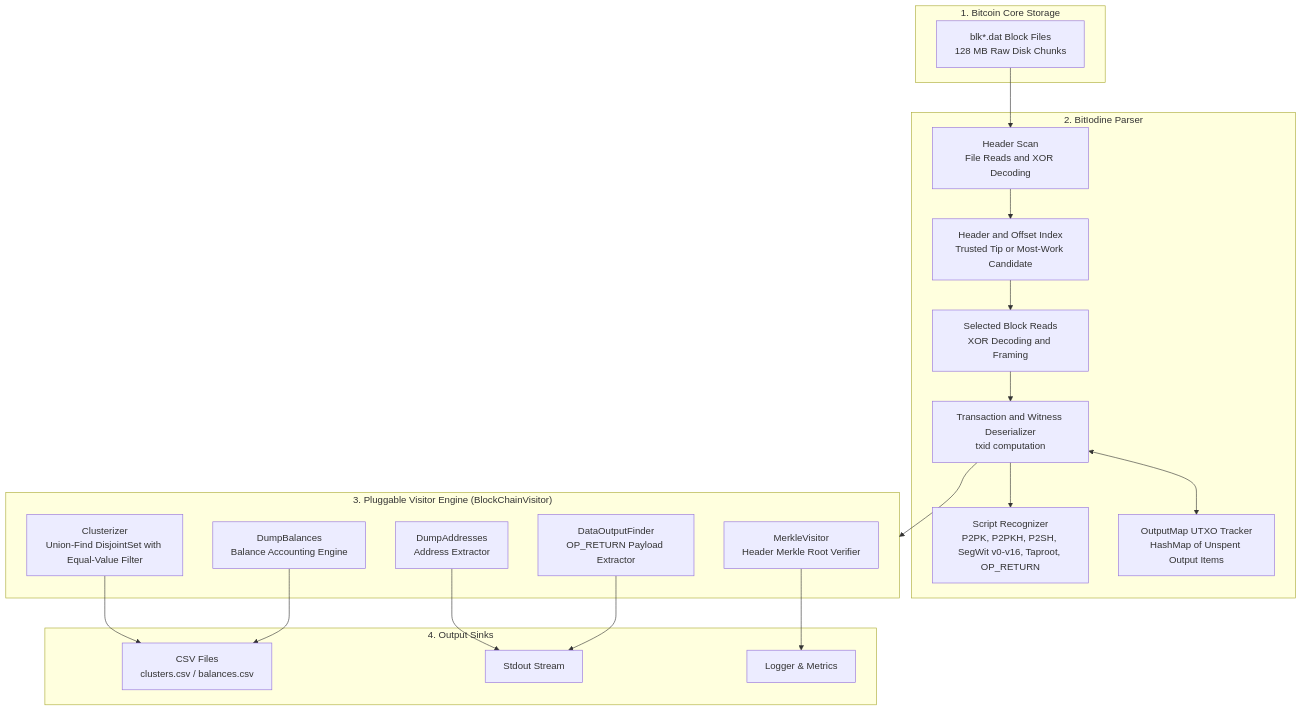
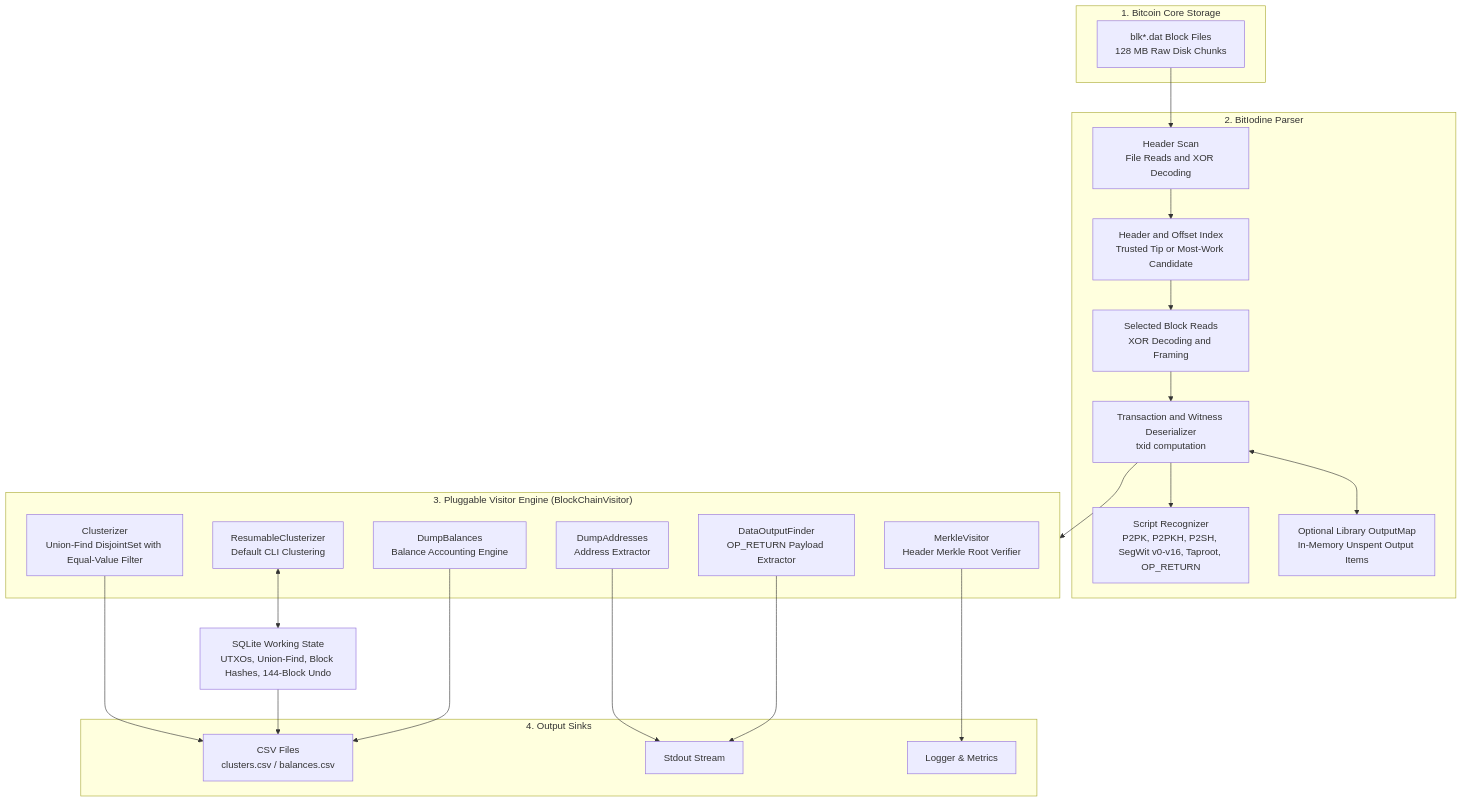
One commit to mikispag/bitiodine changed the first of 3 diagrams in README.md. Above: the diagram before and after it, drawn with Mermaid. The commit also changed other lines of this file and 16 other files, not shown here.

First line of the commit message:
feat: resume disk-backed clustering with automatic reorg recovery

````diff
--- a/README.md
+++ b/README.md
@@ -159,43 +186,48 @@
 ```mermaid
 flowchart TD
     subgraph Storage["1. Bitcoin Core Storage"]
         BLK["blk*.dat Block Files<br/>128 MB Raw Disk Chunks"]
     end
 
     subgraph Core["2. BitIodine Parser"]
         READ["Header Scan<br/>File Reads and XOR Decoding"]
         SEQ["Header and Offset Index<br/>Trusted Tip or Most-Work Candidate"]
         FRAMER["Selected Block Reads<br/>XOR Decoding and Framing"]
         TXP["Transaction and Witness Deserializer<br/>txid computation"]
         SCRIPT["Script Recognizer<br/>P2PK, P2PKH, P2SH, SegWit v0-v16, Taproot, OP_RETURN"]
-        UTXO["OutputMap UTXO Tracker<br/>HashMap of Unspent Output Items"]
+        UTXO["Optional Library OutputMap<br/>In-Memory Unspent Output Items"]
     end
 
     subgraph Visitors["3. Pluggable Visitor Engine (BlockChainVisitor)"]
         CLUST["Clusterizer<br/>Union-Find DisjointSet with Equal-Value Filter"]
+        RESUME["ResumableClusterizer<br/>Default CLI Clustering"]
         BAL["DumpBalances<br/>Balance Accounting Engine"]
         ADDR["DumpAddresses<br/>Address Extractor"]
         MERK["MerkleVisitor<br/>Header Merkle Root Verifier"]
         DATA["DataOutputFinder<br/>OP_RETURN Payload Extractor"]
     end
+
+    DB["SQLite Working State<br/>UTXOs, Union-Find, Block Hashes, 144-Block Undo"]
 
     subgraph Sinks["4. Output Sinks"]
         CSV["CSV Files<br/>clusters.csv / balances.csv"]
         STDOUT["Stdout Stream"]
         LOGS["Logger & Metrics"]
     end
 
     BLK --> READ
     READ --> SEQ
     SEQ --> FRAMER
     FRAMER --> TXP
     TXP --> SCRIPT
     TXP <--> UTXO
     TXP --> Visitors
 
     CLUST --> CSV
+    RESUME <--> DB
+    DB --> CSV
     BAL --> CSV
     ADDR --> STDOUT
     MERK --> LOGS
     DATA --> STDOUT
 ```
````
